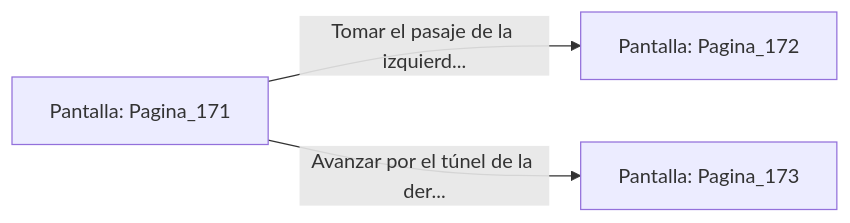
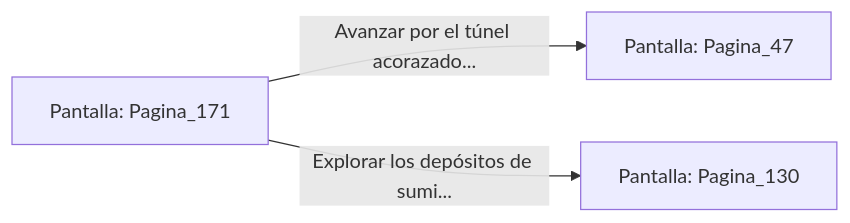
The diagram in sample/eligejuego-vault/Pantalla_Pagina_171.md (metsuke/mpl), drawn with Mermaid before and after one commit. The commit also changed other lines of this file and 635 other files, not shown here.

First line of the commit message:
fix: añadir Pagina_1 como pantalla inicial en capitulo_01.mpl

````diff
--- a/sample/eligejuego-vault/Pantalla_Pagina_171.md
+++ b/sample/eligejuego-vault/Pantalla_Pagina_171.md
@@ -20,6 +24,6 @@
 ```mermaid
 graph LR
     P_Pagina_171["Pantalla: Pagina_171"]
-    P_Pagina_171 -->|"Tomar el pasaje de la izquierd..."| P_Pagina_172["Pantalla: Pagina_172"]
-    P_Pagina_171 -->|"Avanzar por el túnel de la der..."| P_Pagina_173["Pantalla: Pagina_173"]
+    P_Pagina_171 -->|"Avanzar por el túnel acorazado..."| P_Pagina_47["Pantalla: Pagina_47"]
+    P_Pagina_171 -->|"Explorar los depósitos de sumi..."| P_Pagina_130["Pantalla: Pagina_130"]
 ```
````
